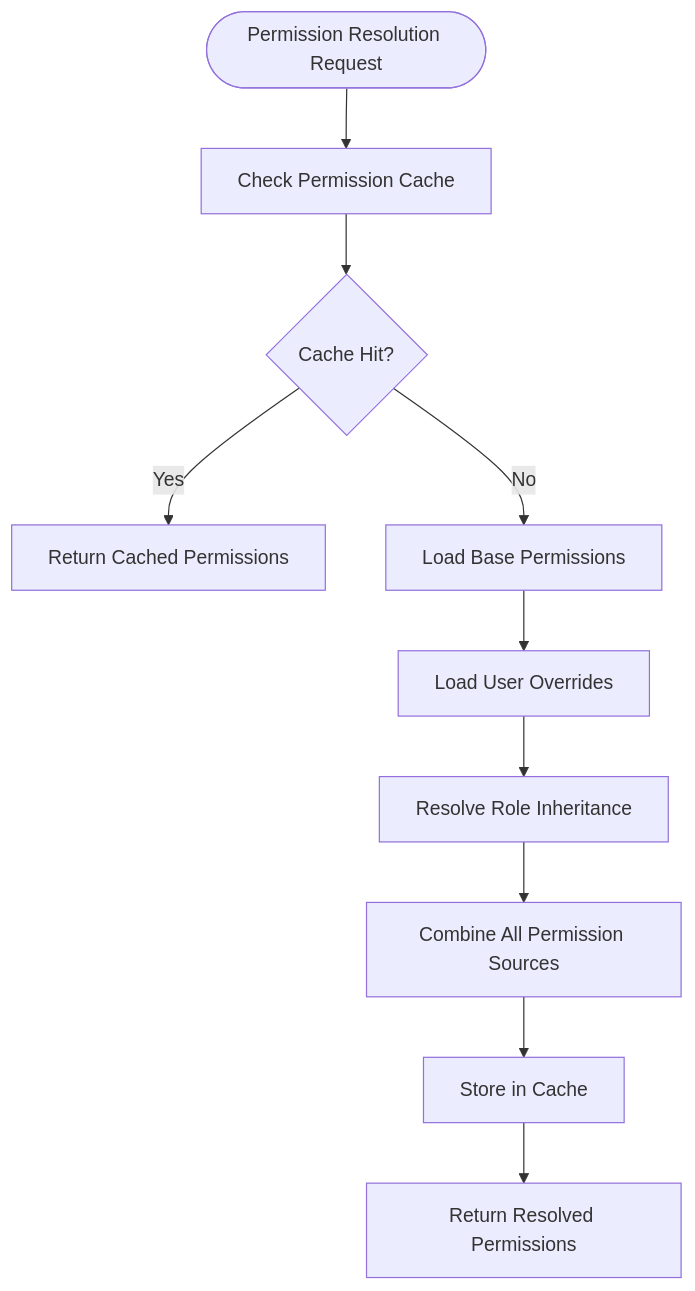
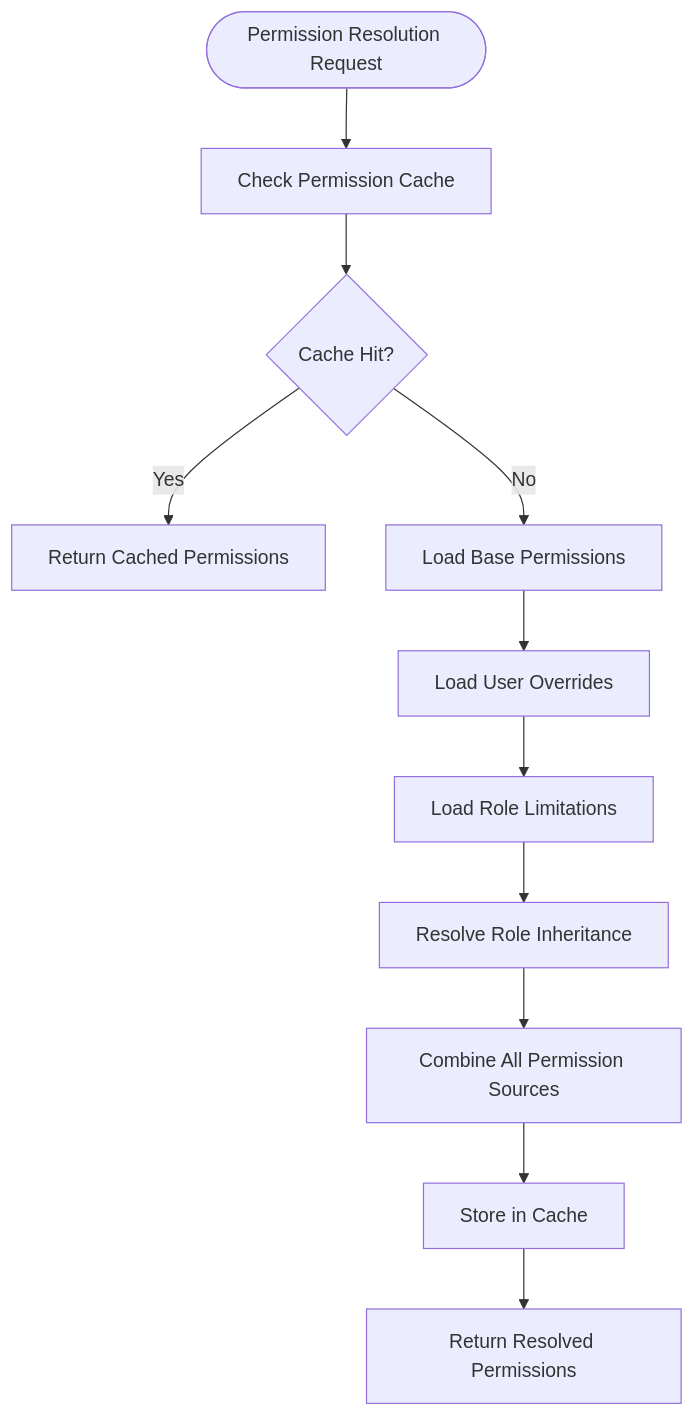
Before and after one commit to franckylab/eLISAschool: the fifth of 6 diagrams in .qoder/repowiki/en/content/Authentication & Authorization/Role-Based Access Control.md, drawn with Mermaid. The commit also changed other lines of this file and 67 other files, not shown here.

````diff
--- a/.qoder/repowiki/en/content/Authentication & Authorization/Role-Based Access Control.md
+++ b/.qoder/repowiki/en/content/Authentication & Authorization/Role-Based Access Control.md
@@ -288,12 +383,13 @@
 ```mermaid
 flowchart TD
 Start(["Permission Resolution Request"]) --> CheckCache["Check Permission Cache"]
 CheckCache --> CacheHit{"Cache Hit?"}
 CacheHit --> |Yes| ReturnCached["Return Cached Permissions"]
 CacheHit --> |No| LoadBase["Load Base Permissions"]
 LoadBase --> LoadOverrides["Load User Overrides"]
-LoadOverrides --> ResolveInheritance["Resolve Role Inheritance"]
+LoadOverrides --> LoadLimitations["Load Role Limitations"]
+LoadLimitations --> ResolveInheritance["Resolve Role Inheritance"]
 ResolveInheritance --> CombinePermissions["Combine All Permission Sources"]
 CombinePermissions --> StoreCache["Store in Cache"]
 StoreCache --> ReturnResolved["Return Resolved Permissions"]
 ```
````
